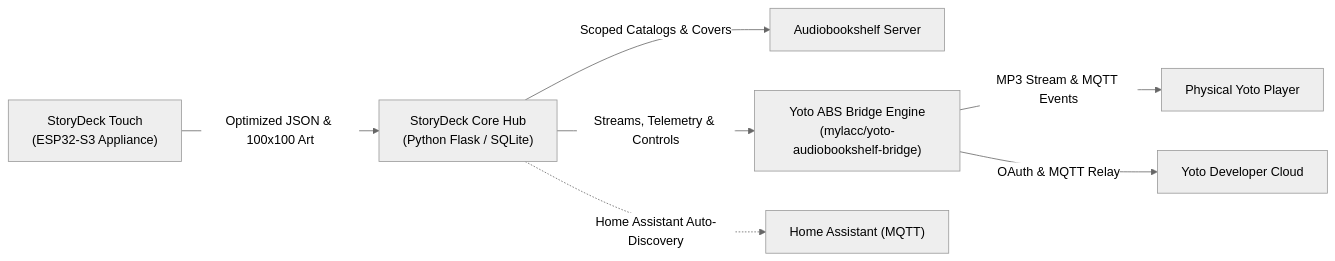
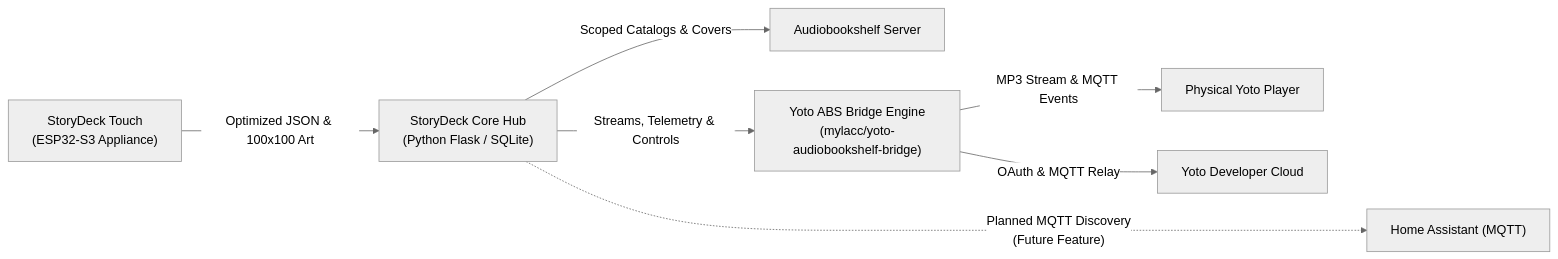
Before and after one commit to YotoStoryDeck/core: the diagram in README.md, drawn with Mermaid (neutral theme). The commit also changed other lines of this file and 9 other files, not shown here.

````diff
--- a/README.md
+++ b/README.md
@@ -22,9 +22,9 @@
 ```mermaid
 flowchart LR
     Touch["StoryDeck Touch<br/>(ESP32-S3 Appliance)"] -->|"Optimized JSON & 100x100 Art"| Core["StoryDeck Core Hub<br/>(Python Flask / SQLite)"]
     Core -->|"Scoped Catalogs & Covers"| ABS["Audiobookshelf Server"]
     Core -->|"Streams, Telemetry & Controls"| Bridge["Yoto ABS Bridge Engine<br/>(mylacc/yoto-audiobookshelf-bridge)"]
-    Core -.->|"Home Assistant Auto-Discovery"| HA["Home Assistant (MQTT)"]
+    Core -...->|"Planned MQTT Discovery<br/>(Future Feature)"| HA["Home Assistant (MQTT)"]
     Bridge -->|"MP3 Stream & MQTT Events"| YotoPlayer["Physical Yoto Player"]
     Bridge -->|"OAuth & MQTT Relay"| YotoCloud["Yoto Developer Cloud"]
 ```
````
